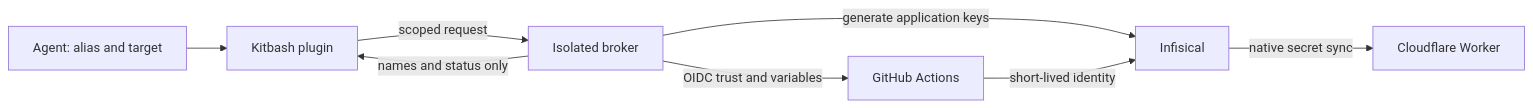
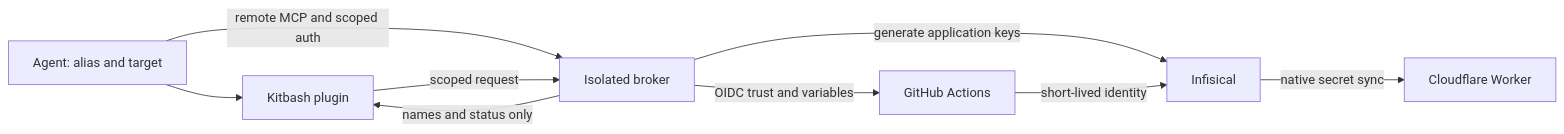
One commit to coop-collective/kitbash changed the diagram in docs/SECRETS-BROKER.md. Above: the diagram before and after it, drawn with Mermaid. The commit also changed other lines of this file and 1075 other files, not shown here.

````diff
--- a/docs/SECRETS-BROKER.md
+++ b/docs/SECRETS-BROKER.md
@@ -12,10 +14,11 @@
 ```mermaid
 flowchart LR
   A[Agent: alias and target] --> P[Kitbash plugin]
+  A -->|remote MCP and scoped auth| B[Isolated broker]
   P -->|scoped request| B[Isolated broker]
   B -->|generate application keys| I[Infisical]
   B -->|OIDC trust and variables| G[GitHub Actions]
   G -->|short-lived identity| I
   I -->|native secret sync| W[Cloudflare Worker]
   B -->|names and status only| P
 ```
````
